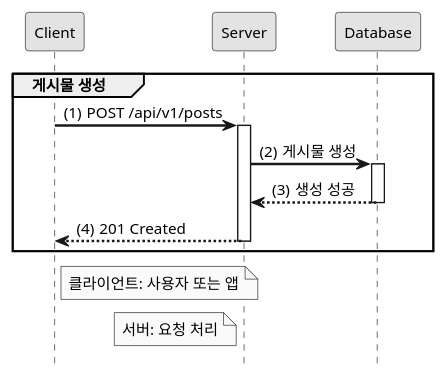
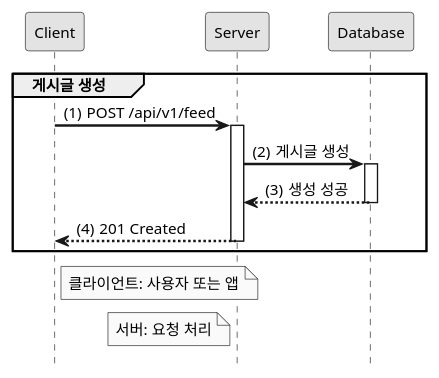
One commit to sumin220/SpringBoot_MemberBoard changed the diagram in sequence/createFeed1.puml. Above: the diagram before and after it, drawn with PlantUML. The commit also changed 7 other files, not shown here.

```diff
--- a/sequence/createFeed1.puml
+++ b/sequence/createFeed1.puml
@@ -1,24 +1,24 @@
 @startuml
 hide footbox
 autoactivate on
 skinparam monochrome true
 skinparam shadowing false
 skinparam defaultFontSize 12
 skinparam defaultFontName Arial
 skinparam sequenceArrowThickness 2
 
 participant "Client" as C
 participant "Server" as S
 participant "Database" as DB
 
-group 게시물 생성
+group 게시글 생성
     autonumber 1 "(0)"
-    C -> S: POST /api/v1/posts
-    S -> DB: 게시물 생성
+    C -> S: POST /api/v1/feed
+    S -> DB: 게시글 생성
     DB --> S: 생성 성공
     S --> C: 201 Created
 end
 
 note right of C: 클라이언트: 사용자 또는 앱
 note left of S: 서버: 요청 처리
 @enduml
```
